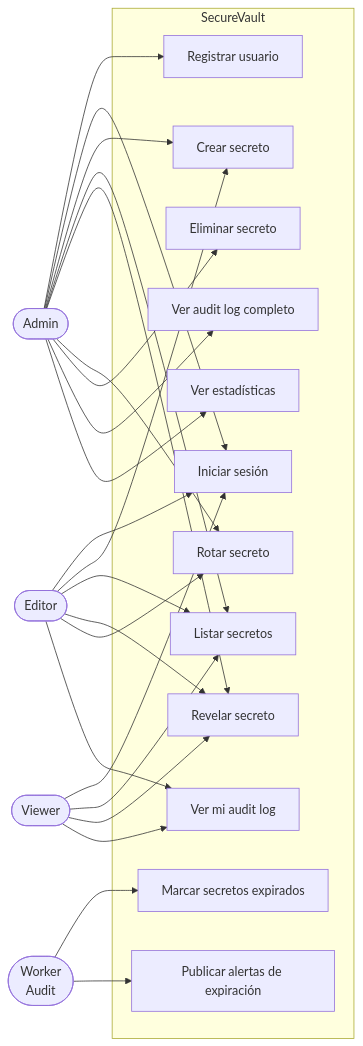
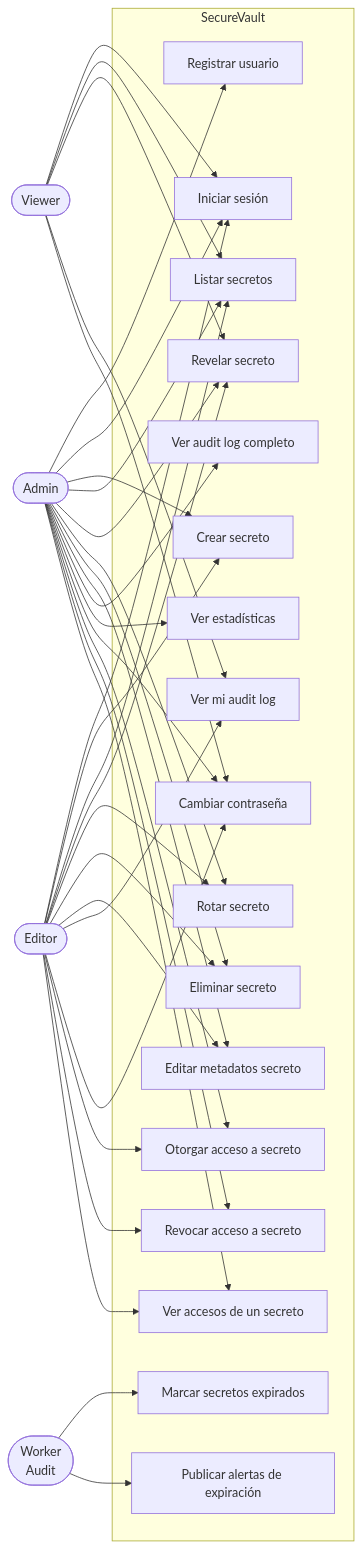
One commit to Angels1104/Manuales changed the sixth of 9 diagrams in arquitectura.md. Above: the diagram before and after it, drawn with Mermaid. The commit also changed other lines of this file, not shown here.

````diff
--- a/arquitectura.md
+++ b/arquitectura.md
@@ -164,47 +189,64 @@
 ```mermaid
 flowchart LR
     Admin([Admin])
     Editor([Editor])
     Viewer([Viewer])
     Worker([Worker\nAudit])
 
     subgraph "SecureVault"
         UC1[Registrar usuario]
         UC2[Iniciar sesión]
         UC3[Crear secreto]
         UC4[Listar secretos]
         UC5[Revelar secreto]
         UC6[Rotar secreto]
         UC7[Eliminar secreto]
-        UC8[Ver audit log completo]
-        UC9[Ver mi audit log]
-        UC10[Ver estadísticas]
-        UC11[Marcar secretos expirados]
-        UC12[Publicar alertas de expiración]
+        UC8[Editar metadatos secreto]
+        UC9[Ver audit log completo]
+        UC10[Ver mi audit log]
+        UC11[Ver estadísticas]
+        UC12[Cambiar contraseña]
+        UC13[Otorgar acceso a secreto]
+        UC14[Revocar acceso a secreto]
+        UC15[Ver accesos de un secreto]
+        UC16[Marcar secretos expirados]
+        UC17[Publicar alertas de expiración]
     end
 
     Admin --> UC1
     Admin --> UC2
     Admin --> UC3
     Admin --> UC4
     Admin --> UC5
     Admin --> UC6
     Admin --> UC7
     Admin --> UC8
-    Admin --> UC10
+    Admin --> UC9
+    Admin --> UC11
+    Admin --> UC12
+    Admin --> UC13
+    Admin --> UC14
+    Admin --> UC15
 
     Editor --> UC2
     Editor --> UC3
     Editor --> UC4
     Editor --> UC5
     Editor --> UC6
-    Editor --> UC9
+    Editor --> UC7
+    Editor --> UC8
+    Editor --> UC10
+    Editor --> UC12
+    Editor --> UC13
+    Editor --> UC14
+    Editor --> UC15
 
     Viewer --> UC2
     Viewer --> UC4
     Viewer --> UC5
-    Viewer --> UC9
+    Viewer --> UC10
+    Viewer --> UC12
 
-    Worker --> UC11
-    Worker --> UC12
+    Worker --> UC16
+    Worker --> UC17
 ```
````
